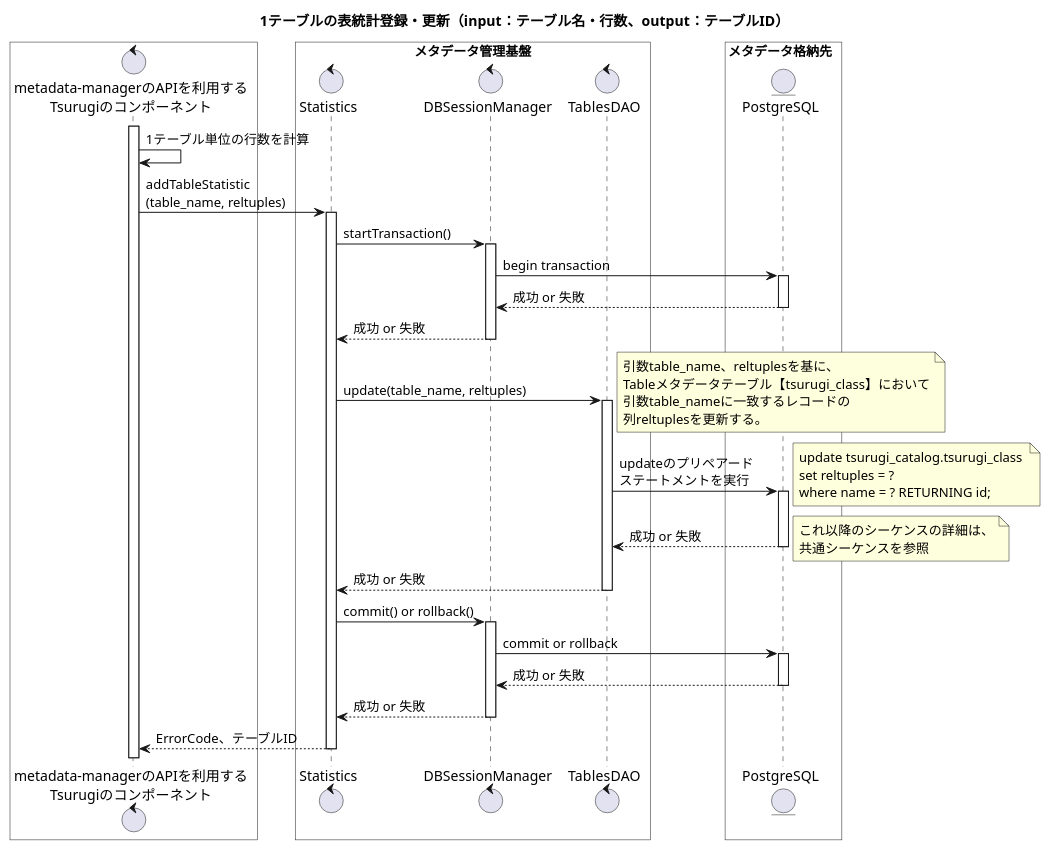
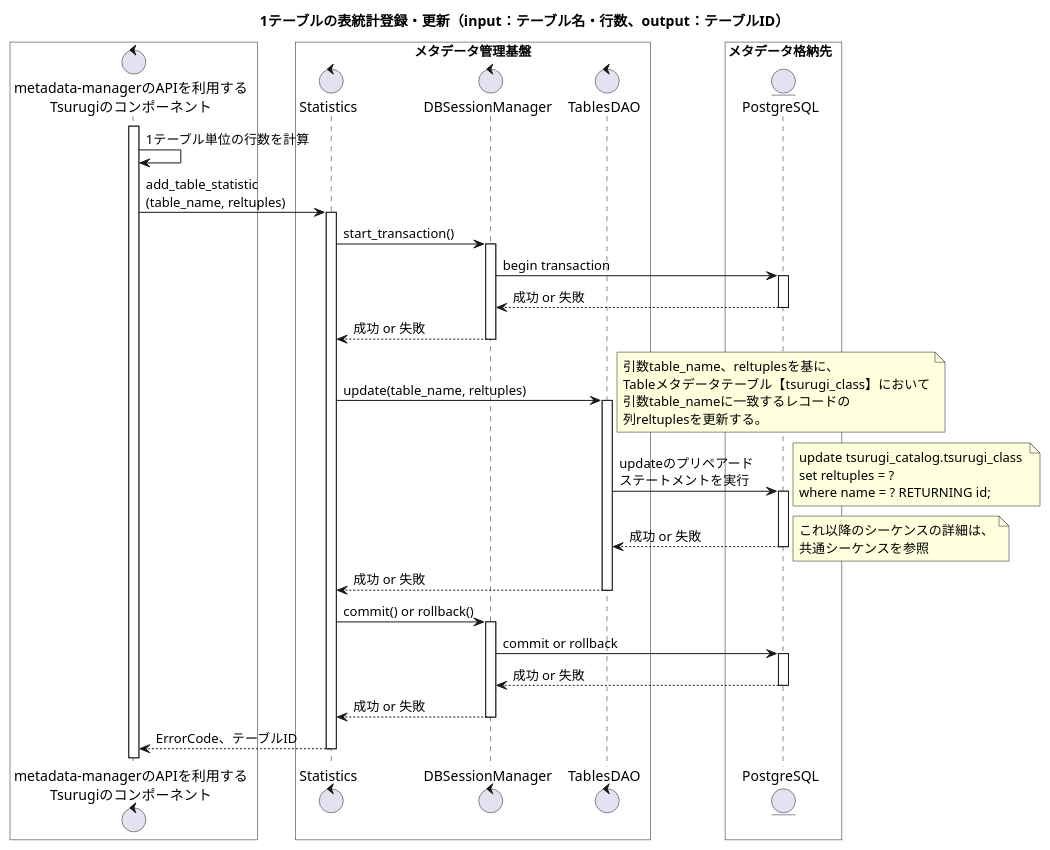
One commit to project-tsurugi/metadata-manager changed the sixth of 12 diagrams in metadata-manager/docs/statistic/02.FD/uml/SequenceDiagram_detail.pu. Above: the diagram before and after it, drawn with PlantUML. The commit also changed other lines of this file and 22 other files, not shown here.

```diff
--- a/metadata-manager/docs/statistic/02.FD/uml/SequenceDiagram_detail.pu
+++ b/metadata-manager/docs/statistic/02.FD/uml/SequenceDiagram_detail.pu
@@ -318,62 +318,62 @@
 @startuml
 title 1テーブルの表統計登録・更新（input：テーブル名・行数、output：テーブルID）
 
 box #White
 control "metadata-managerのAPIを利用する\nTsurugiのコンポーネント" as ogawayama
 end box
 box "メタデータ管理基盤" #White
 control "Statistics" as Statistics
 control "DBSessionManager" as DBSessionManager
 control "TablesDAO" as TablesDAO
 end box
 box メタデータ格納先  #White
 entity "PostgreSQL" as metadata_storage
 end box
 
 activate ogawayama
 ogawayama -> ogawayama : 1テーブル単位の行数を計算
-ogawayama -> Statistics : addTableStatistic\n(table_name, reltuples)
+ogawayama -> Statistics : add_table_statistic\n(table_name, reltuples)
 activate Statistics
-Statistics -> DBSessionManager : startTransaction()
+Statistics -> DBSessionManager : start_transaction()
 activate DBSessionManager
 DBSessionManager -> metadata_storage : begin transaction
 activate metadata_storage
 DBSessionManager <-- metadata_storage: 成功 or 失敗
 deactivate metadata_storage
 Statistics <-- DBSessionManager : 成功 or 失敗
 deactivate DBSessionManager
 Statistics -> TablesDAO : update(table_name, reltuples)
 activate TablesDAO
 note right
 引数table_name、reltuplesを基に、
 Tableメタデータテーブル【tsurugi_class】において
 引数table_nameに一致するレコードの
 列reltuplesを更新する。
 end note
 TablesDAO -> metadata_storage : updateのプリペアード\nステートメントを実行
 note right
 update tsurugi_catalog.tsurugi_class 
 set reltuples = ? 
 where name = ? RETURNING id;
 end note
 activate metadata_storage
 TablesDAO <-- metadata_storage : 成功 or 失敗
 note right
 これ以降のシーケンスの詳細は、
 共通シーケンスを参照
 end note
 deactivate metadata_storage
 Statistics <-- TablesDAO : 成功 or 失敗
 deactivate TablesDAO
 Statistics -> DBSessionManager : commit() or rollback()
 activate DBSessionManager
 DBSessionManager -> metadata_storage : commit or rollback
 activate metadata_storage
 DBSessionManager <-- metadata_storage : 成功 or 失敗
 deactivate metadata_storage
 Statistics <-- DBSessionManager : 成功 or 失敗
 deactivate DBSessionManager
 ogawayama <-- Statistics : ErrorCode、テーブルID
 deactivate Statistics
 
 @enduml
```
